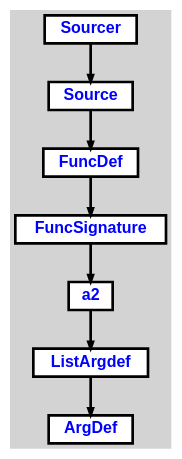
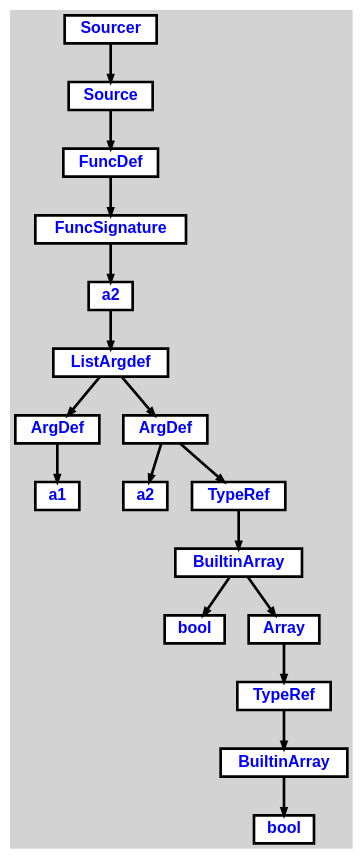
The diagram in cpoCompilerWin/tree.dot (aveen007/CountingMonkeys), drawn with Graphviz before and after one commit. The commit also changed 9 other files, not shown here.

```diff
--- a/cpoCompilerWin/tree.dot
+++ b/cpoCompilerWin/tree.dot
@@ -1,25 +1,45 @@
 digraph {
 
 	ordering=out;
 	ranksep=.4;
 	bgcolor="lightgrey";  node [shape=box, fixedsize=false, fontsize=12, fontname="Helvetica-bold", fontcolor="blue"
 	width=.25, height=.25, color="black", fillcolor="white", style="filled, solid, bold"];
 
 	edge [arrowsize=.5, color="black", style="bold"]
 
-	n00000231E773C890[label="Sourcer"]
-	n00000231E773C758[label="Source"]
-	n00000231E773C620[label="FuncDef"]
-	n00000231E773C3B0[label="FuncSignature"]
-	n00000231E773C4E8[label="a2"]
-	n00000231E773C278[label="ListArgdef"]
-	n00000231E773B648[label="ArgDef"]
+	n0000019E21FCCC20[label="Sourcer"]
+	n0000019E21FCCAE8[label="Source"]
+	n0000019E21FCC9B0[label="FuncDef"]
+	n0000019E21FCC740[label="FuncSignature"]
+	n0000019E21FCC878[label="a2"]
+	n0000019E21FCC608[label="ListArgdef"]
+	n0000019E21FCB768[label="ArgDef"]
+	n0000019E21FCB630[label="a1"]
+	n0000019E21FCC398[label="ArgDef"]
+	n0000019E21FCBB10[label="a2"]
+	n0000019E21FCC128[label="TypeRef"]
+	n0000019E21FCC260[label="BuiltinArray"]
+	n0000019E21FCB9D8[label="bool"]
+	n0000019E21FCBC48[label="Array"]
+	n0000019E21FCBEB8[label="TypeRef"]
+	n0000019E21FCBFF0[label="BuiltinArray"]
+	n0000019E21FCBD80[label="bool"]
 
-		n00000231E773C890 -> n00000231E773C758		// Sourcer -> Source
-		n00000231E773C758 -> n00000231E773C620		// Source -> FuncDef
-		n00000231E773C620 -> n00000231E773C3B0		// FuncDef -> FuncSignature
-		n00000231E773C3B0 -> n00000231E773C4E8		// FuncSignature -> a2
-		n00000231E773C4E8 -> n00000231E773C278		// a2 -> ListArgdef
-		n00000231E773C278 -> n00000231E773B648		// ListArgdef -> ArgDef
+		n0000019E21FCCC20 -> n0000019E21FCCAE8		// Sourcer -> Source
+		n0000019E21FCCAE8 -> n0000019E21FCC9B0		// Source -> FuncDef
+		n0000019E21FCC9B0 -> n0000019E21FCC740		// FuncDef -> FuncSignature
+		n0000019E21FCC740 -> n0000019E21FCC878		// FuncSignature -> a2
+		n0000019E21FCC878 -> n0000019E21FCC608		// a2 -> ListArgdef
+		n0000019E21FCC608 -> n0000019E21FCB768		// ListArgdef -> ArgDef
+		n0000019E21FCB768 -> n0000019E21FCB630		// ArgDef -> a1
+		n0000019E21FCC608 -> n0000019E21FCC398		// ListArgdef -> ArgDef
+		n0000019E21FCC398 -> n0000019E21FCBB10		// ArgDef -> a2
+		n0000019E21FCC398 -> n0000019E21FCC128		// ArgDef -> TypeRef
+		n0000019E21FCC128 -> n0000019E21FCC260		// TypeRef -> BuiltinArray
+		n0000019E21FCC260 -> n0000019E21FCB9D8		// BuiltinArray -> bool
+		n0000019E21FCC260 -> n0000019E21FCBC48		// BuiltinArray -> Array
+		n0000019E21FCBC48 -> n0000019E21FCBEB8		// Array -> TypeRef
+		n0000019E21FCBEB8 -> n0000019E21FCBFF0		// TypeRef -> BuiltinArray
+		n0000019E21FCBFF0 -> n0000019E21FCBD80		// BuiltinArray -> bool
 
 }
```
